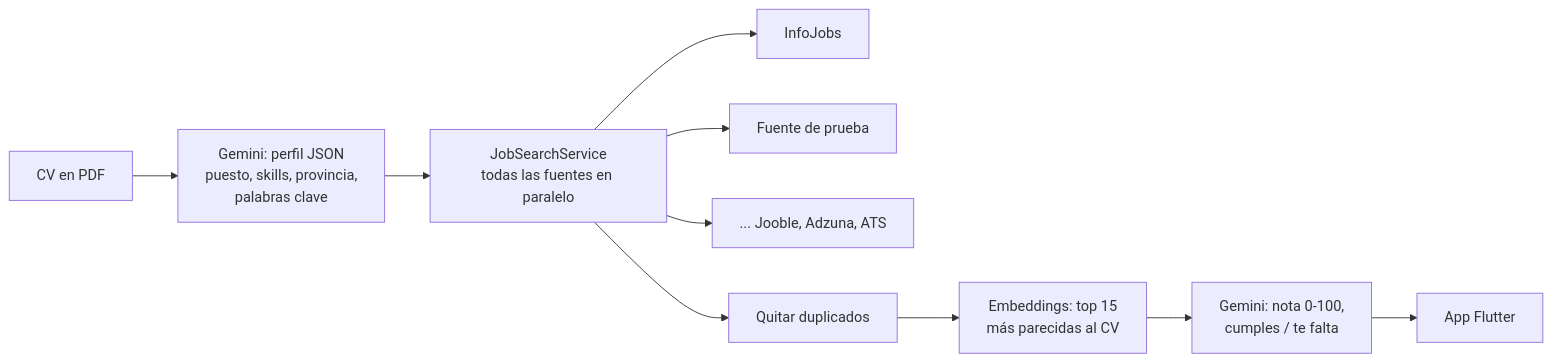
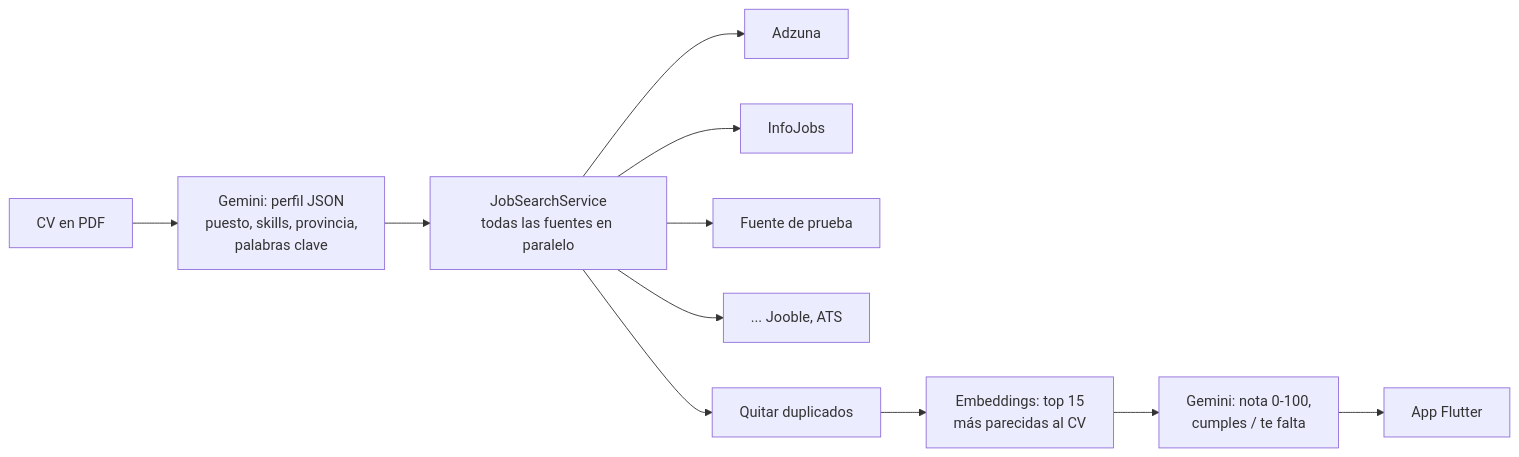
Before and after one commit to kreatimes/matchcv: the diagram in README.md, drawn with Mermaid. The commit also changed other lines of this file and 6 other files, not shown here.

Commit message:
Fuente Adzuna, modo JSON de Gemini y mejor deteccion de duplicados

````diff
--- a/README.md
+++ b/README.md
@@ -9,12 +9,13 @@
 ```mermaid
 flowchart LR
     A[CV en PDF] --> B[Gemini: perfil JSON<br/>puesto, skills, provincia,<br/>palabras clave]
     B --> C[JobSearchService<br/>todas las fuentes en paralelo]
-    C --> D1[InfoJobs]
-    C --> D2[Fuente de prueba]
-    C --> D3[... Jooble, Adzuna, ATS]
+    C --> D1[Adzuna]
+    C --> D2[InfoJobs]
+    C --> D3[Fuente de prueba]
+    C --> D4[... Jooble, ATS]
     C --> E[Quitar duplicados]
     E --> F[Embeddings: top 15<br/>más parecidas al CV]
     F --> G[Gemini: nota 0-100,<br/>cumples / te falta]
     G --> H[App Flutter]
 ```
````
